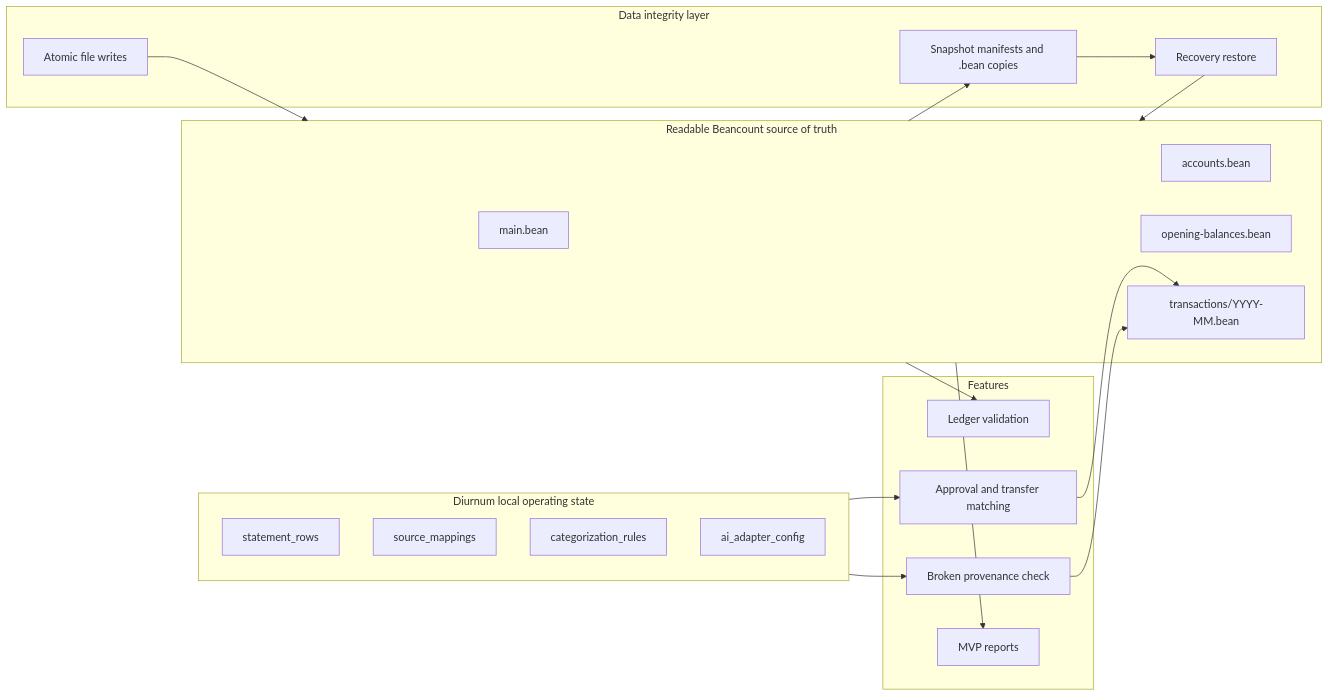
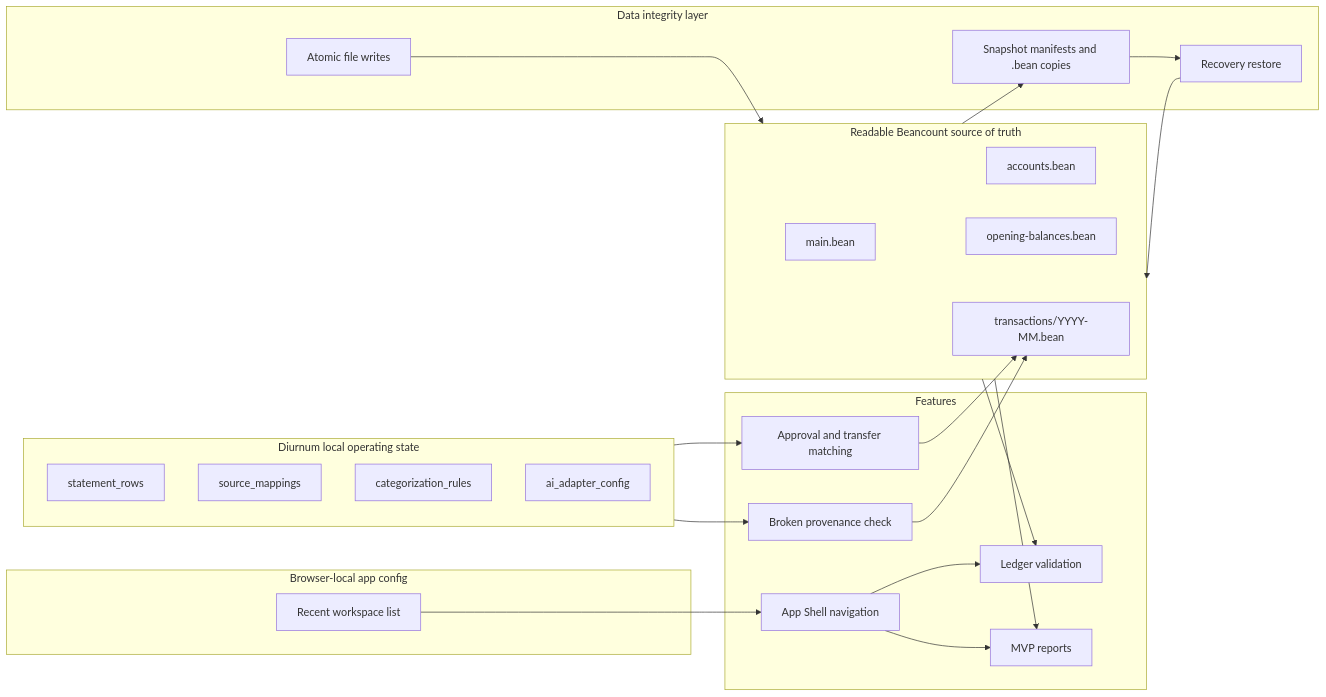
Before and after one commit to Diurnum-Dev/Diurnum: the third of 4 diagrams in docs/architecture.md, drawn with Mermaid. The commit also changed other lines of this file and 14 other files, not shown here.

Commit message:
feat: build v1 app shell

````diff
--- a/docs/architecture.md
+++ b/docs/architecture.md
@@ -80,40 +85,48 @@
 ```mermaid
 flowchart LR
   subgraph LedgerFiles[Readable Beancount source of truth]
     Main[main.bean]
     Accounts[accounts.bean]
     Opening[opening-balances.bean]
     Monthly[transactions/YYYY-MM.bean]
   end
 
   subgraph SQLite[Diurnum local operating state]
     Rows[statement_rows]
     Mappings[source_mappings]
     Rules[categorization_rules]
     Adapter[ai_adapter_config]
   end
 
+  subgraph AppConfig[Browser-local app config]
+    Recents[Recent workspace list]
+  end
+
   subgraph Features[Features]
+    Shell[App Shell navigation]
     Validation[Ledger validation]
     Approval[Approval and transfer matching]
     Provenance[Broken provenance check]
     Reports[MVP reports]
   end
 
   subgraph Integrity[Data integrity layer]
     Atomic[Atomic file writes]
     Snapshots[Snapshot manifests and .bean copies]
     Recovery[Recovery restore]
   end
 
   LedgerFiles --> Validation
   LedgerFiles --> Reports
   SQLite --> Approval
   SQLite --> Provenance
+  Recents --> Shell
+  Shell --> Validation
+  Shell --> Reports
   Atomic --> LedgerFiles
   LedgerFiles --> Snapshots
   Snapshots --> Recovery
   Recovery --> LedgerFiles
   Approval --> Monthly
   Provenance --> Monthly
 ```
````
